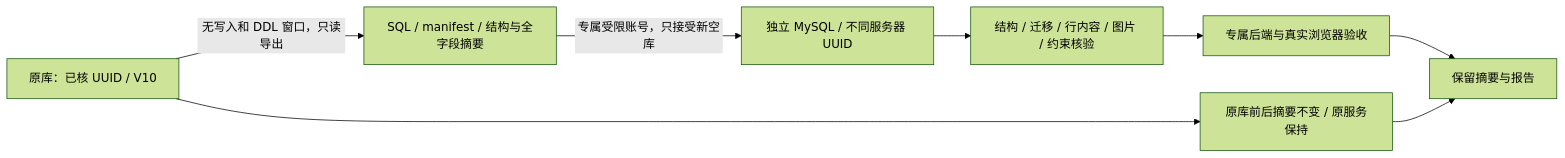
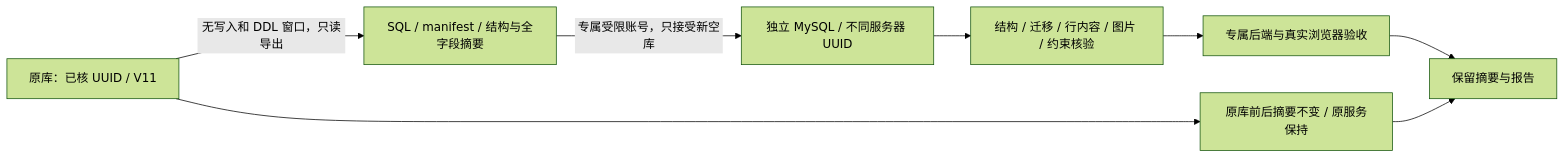
The second of 2 diagrams in docs/architecture.md (GTASDAW/MYCODE), drawn with Mermaid (forest theme) before and after one commit. The commit also changed other lines of this file and 63 other files, not shown here.

````diff
--- a/docs/architecture.md
+++ b/docs/architecture.md
@@ -226,10 +226,10 @@
 ```mermaid
 flowchart LR
-    S[原库：已核 UUID / V10] -->|无写入和 DDL 窗口，只读导出| P[SQL / manifest / 结构与全字段摘要]
+    S[原库：已核 UUID / V11] -->|无写入和 DDL 窗口，只读导出| P[SQL / manifest / 结构与全字段摘要]
     P -->|专属受限账号，只接受新空库| T[独立 MySQL / 不同服务器 UUID]
     T --> V[结构 / 迁移 / 行内容 / 图片 / 约束核验]
     V --> A[专属后端与真实浏览器验收]
     S --> C[原库前后摘要不变 / 原服务保持]
     A --> R[保留摘要与报告]
     C --> R
 ```
````
